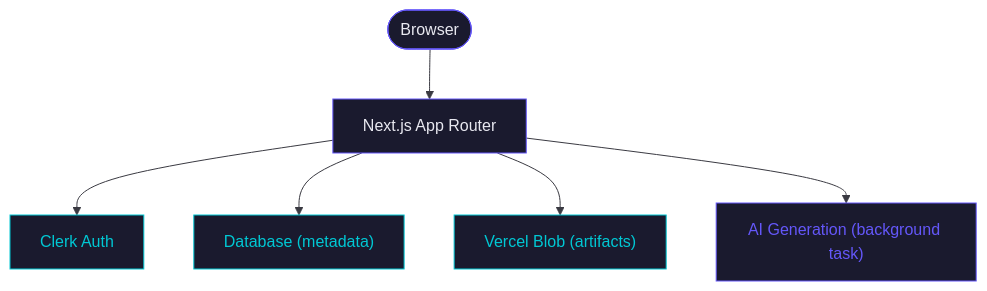
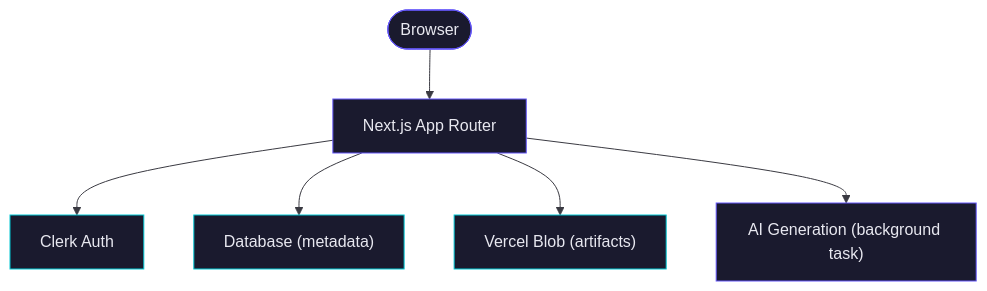
Before and after one commit to areddin409/ghost_ai: the diagram in context/architecture-context.md, drawn with Mermaid. The commit also changed 2 other files, not shown here.

Commit message:
fix(vault): improve Mermaid diagram contrast — white text on all dark nodes

````diff
--- a/context/architecture-context.md
+++ b/context/architecture-context.md
@@ -12,31 +12,35 @@
 ```mermaid
 %%{init: {'theme': 'base', 'themeVariables': {
   'background': '#0d0d12',
   'primaryColor': '#1a1a2e',
   'primaryBorderColor': '#6457f9',
   'primaryTextColor': '#e8e8f0',
   'lineColor': '#3a3a42',
   'secondaryColor': '#1a1a2e',
-  'tertiaryColor': '#0d0d12'
+  'tertiaryColor': '#0d0d12',
+  'nodeBkg': '#1a1a2e',
+  'nodeBorder': '#6457f9',
+  'nodeTextColor': '#e8e8f0',
+  'edgeLabelBackground': {'color': '#0d0d12'}
 }}}%%
 flowchart TD
     Browser(["Browser"])
     Next["Next.js App Router"]
     Clerk["Clerk Auth"]
     DB["Database (metadata)"]
     Blob["Vercel Blob (artifacts)"]
     AI["AI Generation (background task)"]
 
     Browser --> Next
     Next --> Clerk
     Next --> DB
     Next --> Blob
     Next --> AI
 
     style Browser fill:#1a1a2e,stroke:#6457f9,color:#e8e8f0
     style Next fill:#1a1a2e,stroke:#6457f9,color:#e8e8f0
-    style Clerk fill:#1a1a2e,stroke:#00c8d4,color:#00c8d4
-    style DB fill:#1a1a2e,stroke:#00c8d4,color:#00c8d4
-    style Blob fill:#1a1a2e,stroke:#00c8d4,color:#00c8d4
-    style AI fill:#1a1a2e,stroke:#6457f9,color:#6457f9
+    style Clerk fill:#1a1a2e,stroke:#00c8d4,color:#e8e8f0
+    style DB fill:#1a1a2e,stroke:#00c8d4,color:#e8e8f0
+    style Blob fill:#1a1a2e,stroke:#00c8d4,color:#e8e8f0
+    style AI fill:#1a1a2e,stroke:#6457f9,color:#e8e8f0
 ```
````
